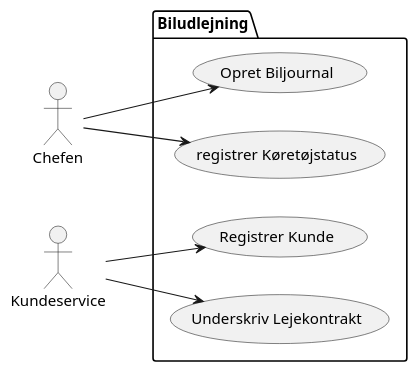
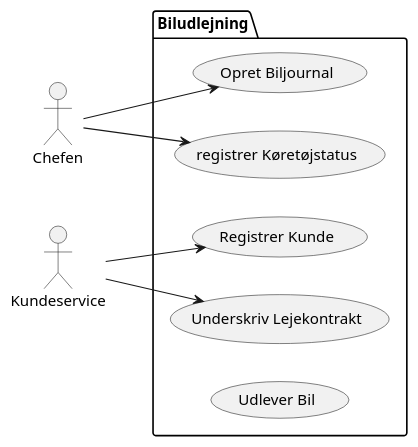
The diagram in Systemudvikling 2. sem/Workshop/SystemudviklingUseCaseDiagram01.plantuml (FilipMeldal/Team1A), drawn with PlantUML before and after one commit. The commit also changed 8 other files, not shown here.

```diff
--- a/Systemudvikling 2. sem/Workshop/SystemudviklingUseCaseDiagram01.plantuml
+++ b/Systemudvikling 2. sem/Workshop/SystemudviklingUseCaseDiagram01.plantuml
@@ -1,23 +1,24 @@
 @startuml
 left to right direction
 
 actor Chefen as c
 actor Kundeservice as k
 
 package Biludlejning {
 usecase "Opret Biljournal" as US1
 usecase "registrer Køretøjstatus" as US2
 usecase "Registrer Kunde" as US3
 usecase "Underskriv Lejekontrakt" as US4 
+usecase "Udlever Bil" as US5
 }
   
 
 c --> US1
 c --> US2
 k --> US3
 k --> US4
 
 
 
 
 @enduml
```
